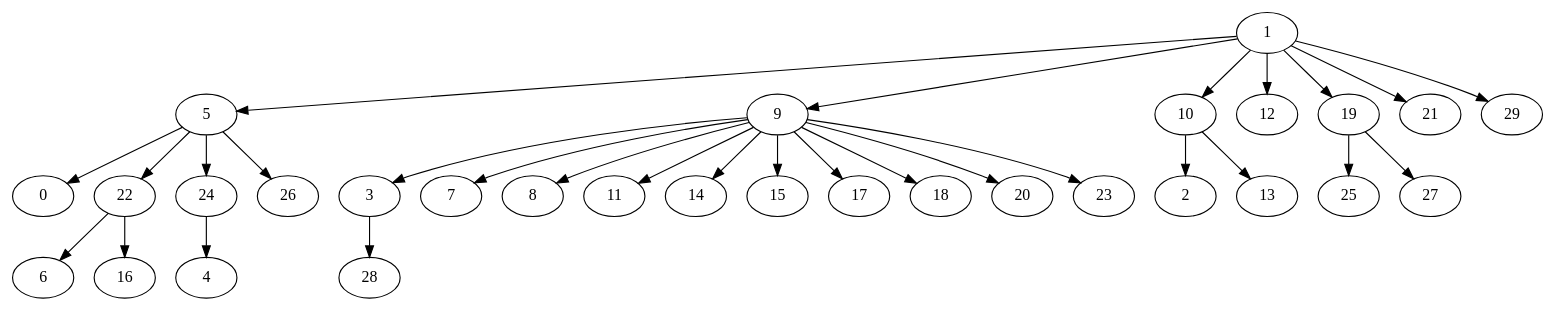
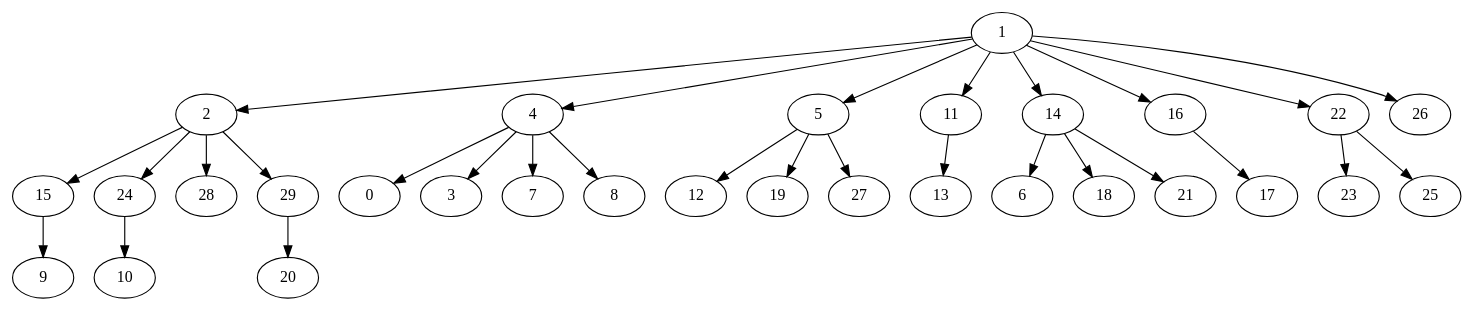
One commit to GusRojas/Grafos2DAA_A24 changed the diagram in arbol_bfs_gilbert30.gv. Above: the diagram before and after it, drawn with Graphviz. The commit also changed 12 other files, not shown here.

```diff
--- a/arbol_bfs_gilbert30.gv
+++ b/arbol_bfs_gilbert30.gv
@@ -1,31 +1,31 @@
 digraph {
+  1 -> 2;
+  1 -> 4;
   1 -> 5;
-  1 -> 9;
-  1 -> 10;
-  1 -> 12;
-  1 -> 19;
-  1 -> 21;
-  1 -> 29;
-  5 -> 0;
-  5 -> 22;
-  5 -> 24;
-  5 -> 26;
-  9 -> 3;
-  9 -> 7;
-  9 -> 8;
-  9 -> 11;
-  9 -> 14;
-  9 -> 15;
-  9 -> 17;
-  9 -> 18;
-  9 -> 20;
-  9 -> 23;
-  10 -> 2;
-  10 -> 13;
-  19 -> 25;
-  19 -> 27;
-  22 -> 6;
-  22 -> 16;
-  24 -> 4;
-  3 -> 28;
+  1 -> 11;
+  1 -> 14;
+  1 -> 16;
+  1 -> 22;
+  1 -> 26;
+  2 -> 15;
+  2 -> 24;
+  2 -> 28;
+  2 -> 29;
+  4 -> 0;
+  4 -> 3;
+  4 -> 7;
+  4 -> 8;
+  5 -> 12;
+  5 -> 19;
+  5 -> 27;
+  11 -> 13;
+  14 -> 6;
+  14 -> 18;
+  14 -> 21;
+  16 -> 17;
+  22 -> 23;
+  22 -> 25;
+  15 -> 9;
+  24 -> 10;
+  29 -> 20;
 }
```
